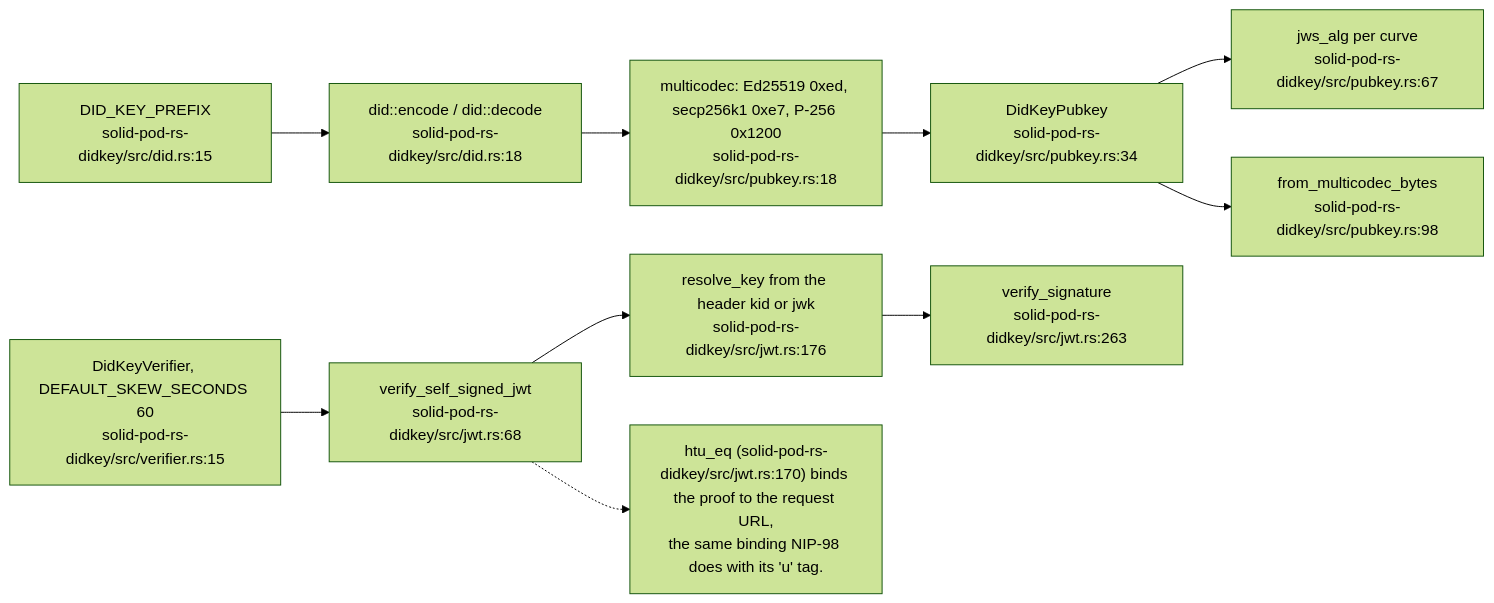
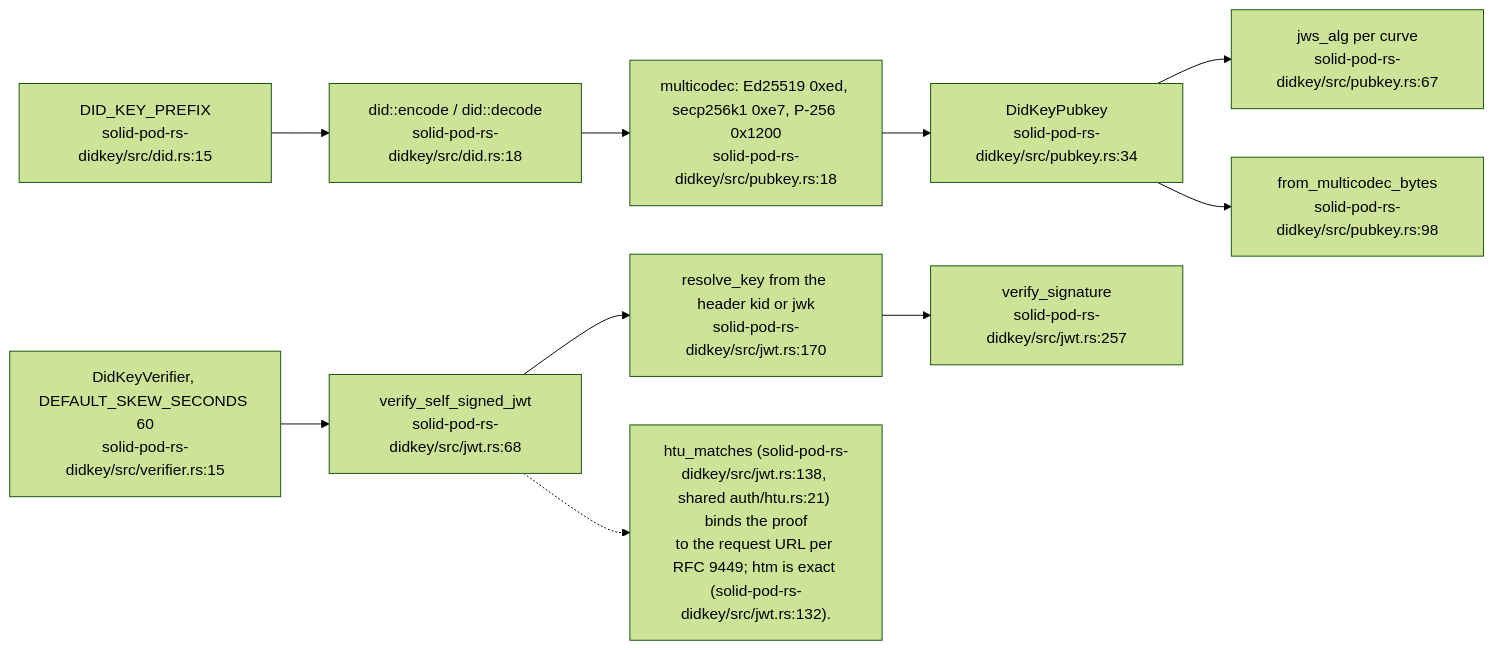
Before and after one commit to DreamLab-AI/VisionFlow: diagram 11 of 18 in docs/diagrams/solid-pod-rs/05-identity-nip98-did-oidc.md, drawn with Mermaid (forest theme). The commit also changed other lines of this file and 2 other files, not shown here.

First line of the commit message:
docs(diagrams): SP-05, SP-11, SP-12 re-verified at solid-pod-rs a28a748

````diff
--- a/docs/diagrams/solid-pod-rs/05-identity-nip98-did-oidc.md
+++ b/docs/diagrams/solid-pod-rs/05-identity-nip98-did-oidc.md
@@ -349,21 +365,21 @@
 ```mermaid
 flowchart LR
     ENC["did::encode / did::decode<br/>solid-pod-rs-didkey/src/did.rs:18"]
     PFX["DID_KEY_PREFIX<br/>solid-pod-rs-didkey/src/did.rs:15"]
     CODEC["multicodec: Ed25519 0xed, secp256k1 0xe7, P-256 0x1200<br/>solid-pod-rs-didkey/src/pubkey.rs:18"]
     ENUM["DidKeyPubkey<br/>solid-pod-rs-didkey/src/pubkey.rs:34"]
     ALG["jws_alg per curve<br/>solid-pod-rs-didkey/src/pubkey.rs:67"]
     FROM["from_multicodec_bytes<br/>solid-pod-rs-didkey/src/pubkey.rs:98"]
     JWT["verify_self_signed_jwt<br/>solid-pod-rs-didkey/src/jwt.rs:68"]
-    RK["resolve_key from the header kid or jwk<br/>solid-pod-rs-didkey/src/jwt.rs:176"]
-    VS["verify_signature<br/>solid-pod-rs-didkey/src/jwt.rs:263"]
+    RK["resolve_key from the header kid or jwk<br/>solid-pod-rs-didkey/src/jwt.rs:170"]
+    VS["verify_signature<br/>solid-pod-rs-didkey/src/jwt.rs:257"]
     VER["DidKeyVerifier, DEFAULT_SKEW_SECONDS 60<br/>solid-pod-rs-didkey/src/verifier.rs:15"]
 
     PFX --> ENC --> CODEC --> ENUM --> ALG
     ENUM --> FROM
     JWT --> RK --> VS
     VER --> JWT
 
-    N["htu_eq (solid-pod-rs-didkey/src/jwt.rs:170) binds the proof to the request URL,<br/>the same binding NIP-98 does with its 'u' tag."]
+    N["htu_matches (solid-pod-rs-didkey/src/jwt.rs:138, shared auth/htu.rs:21) binds the proof<br/>to the request URL per RFC 9449; htm is exact (solid-pod-rs-didkey/src/jwt.rs:132)."]
     JWT -.-> N
 ```
````
